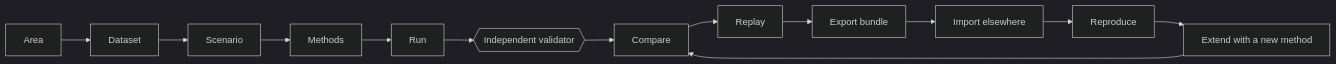
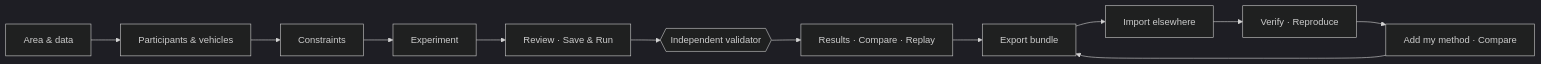
Before and after one commit to OkbaBenatia/move-openlab-framework: the first of 2 diagrams in README.md, drawn with Mermaid (dark theme). The commit also changed other lines of this file and 5 other files, not shown here.

````diff
--- a/README.md
+++ b/README.md
@@ -45,7 +47,7 @@
 ```mermaid
 flowchart LR
-  A[Area] --> D[Dataset] --> S[Scenario] --> M[Methods] --> R[Run]
-  R --> V{{Independent validator}} --> C[Compare]
-  C --> P[Replay] --> E[Export bundle]
-  E --> I[Import elsewhere] --> X[Reproduce] --> N[Extend with a new method] --> C
+  A[Area & data] --> S[Participants & vehicles] --> K[Constraints] --> M[Experiment] --> W[Review · Save & Run]
+  W --> V{{Independent validator}} --> C[Results · Compare · Replay]
+  C --> E[Export bundle]
+  E --> I[Import elsewhere] --> X[Verify · Reproduce] --> N[Add my method · Compare] --> E
 ```
````
